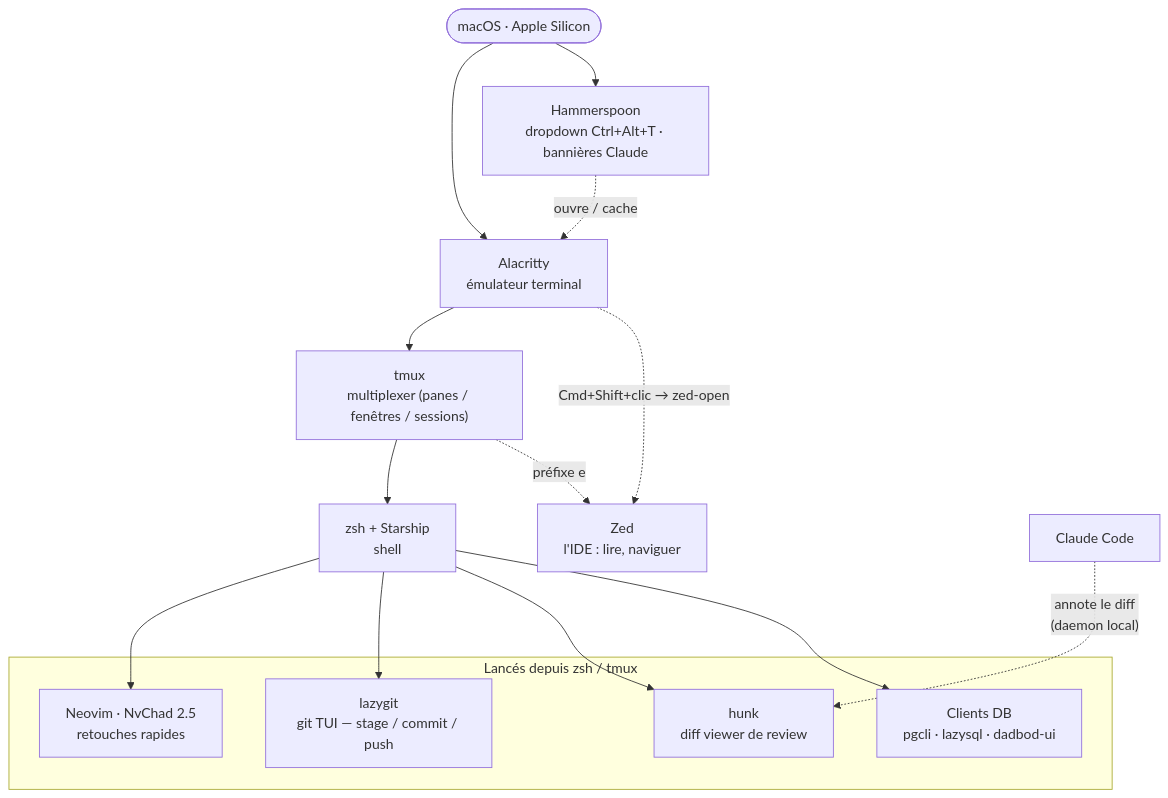
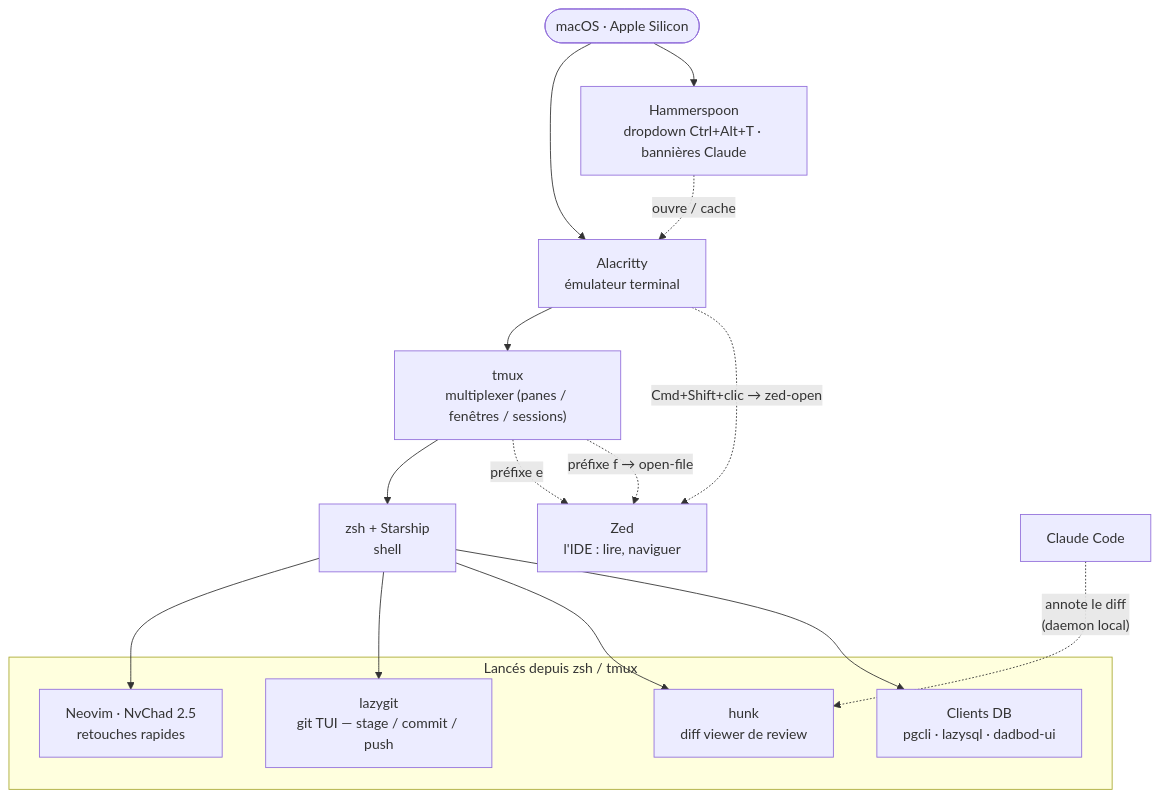
The first of 7 diagrams in ARCHITECTURE.md (Skayfa/dotfiles), drawn with Mermaid before and after one commit. The commit also changed other lines of this file and 5 other files, not shown here.

Commit message:
prefix f: open a file cited on screen (even wrapped) in its app, Finder or Zed

````diff
--- a/ARCHITECTURE.md
+++ b/ARCHITECTURE.md
@@ -11,29 +11,30 @@
 ```mermaid
 flowchart TD
     OS(["macOS · Apple Silicon"])
     HS["Hammerspoon<br/>dropdown Ctrl+Alt+T · bannières Claude"]
     ALA["Alacritty<br/>émulateur terminal"]
     TMUX["tmux<br/>multiplexer (panes / fenêtres / sessions)"]
     ZSH["zsh + Starship<br/>shell"]
     ZED["Zed<br/>l'IDE : lire, naviguer"]
 
     OS --> ALA
     OS --> HS
     HS -. "ouvre / cache" .-> ALA
     ALA --> TMUX
     TMUX --> ZSH
     ALA -. "Cmd+Shift+clic → zed-open" .-> ZED
     TMUX -. "préfixe e" .-> ZED
+    TMUX -. "préfixe f → open-file" .-> ZED
 
     subgraph lanc["Lancés depuis zsh / tmux"]
         NVIM["Neovim · NvChad 2.5<br/>retouches rapides"]
         LG["lazygit<br/>git TUI — stage / commit / push"]
         HK["hunk<br/>diff viewer de review"]
         DBC["Clients DB<br/>pgcli · lazysql · dadbod-ui"]
     end
     ZSH --> NVIM
     ZSH --> LG
     ZSH --> HK
     ZSH --> DBC
     CLAUDE["Claude Code"] -. "annote le diff<br/>(daemon local)" .-> HK
 ```
````
